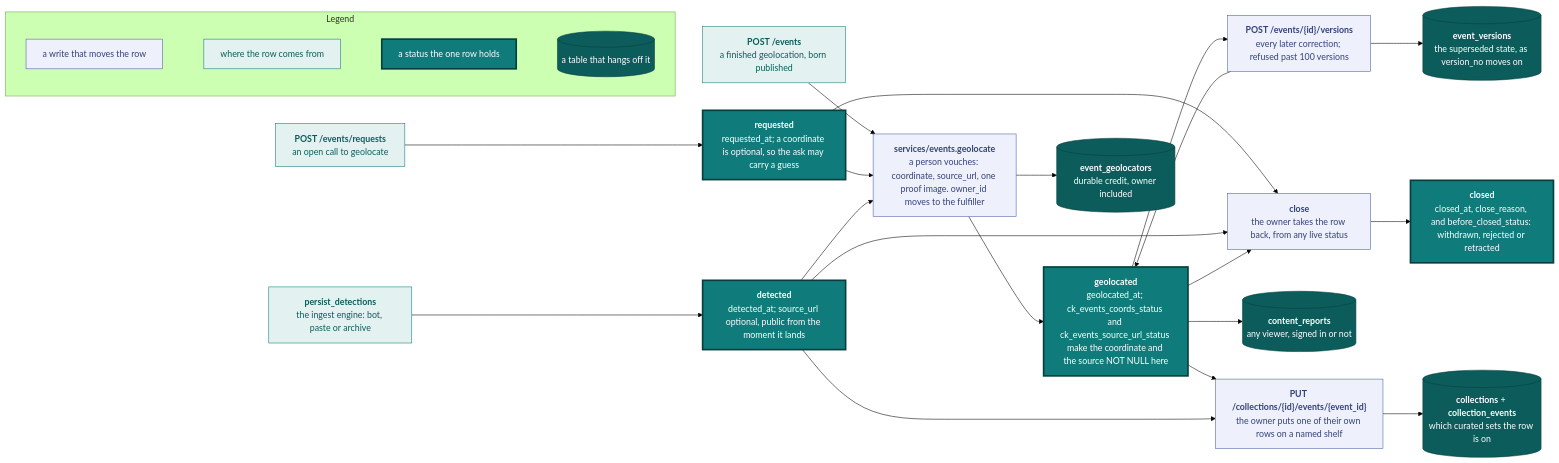
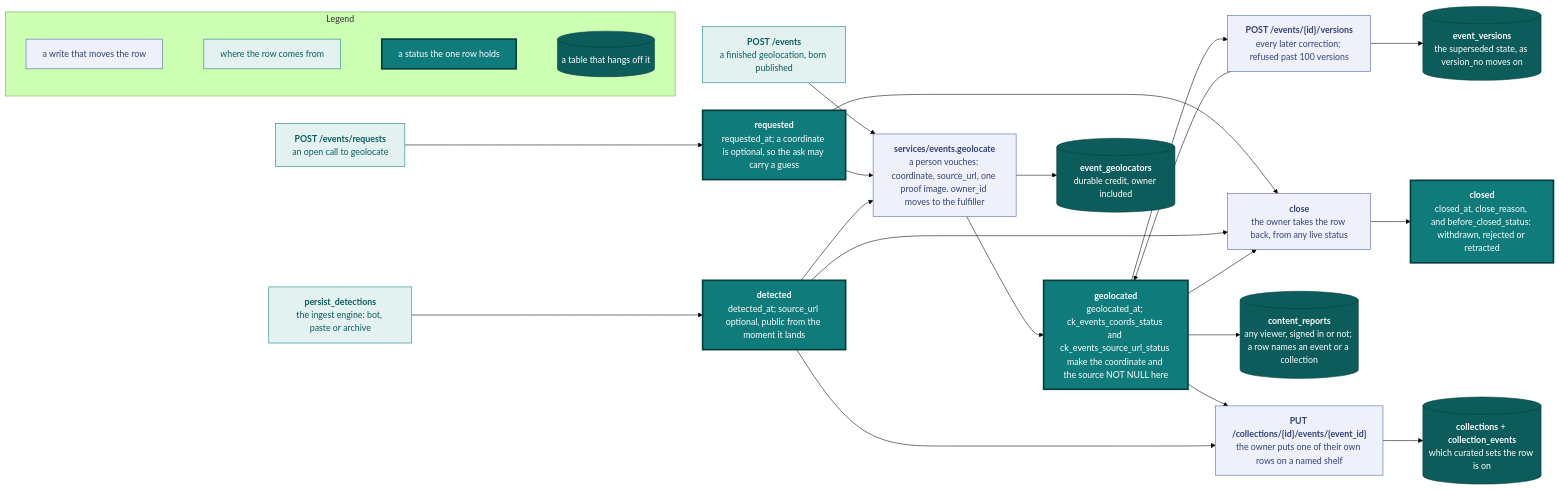
The first of 2 diagrams in docs/data-model.md (vidithq/vidit), drawn with Mermaid (forest theme) before and after one commit. The commit also changed other lines of this file and 24 other files, not shown here.

````diff
--- a/docs/data-model.md
+++ b/docs/data-model.md
@@ -5,67 +5,67 @@
 ```mermaid
 flowchart LR
   classDef spec fill:#eef1fb,stroke:#4a5fa5,color:#33417a
   classDef shared fill:#e3f2f1,stroke:#0f7b7a,color:#0b5c5b
   classDef core fill:#0f7b7a,stroke:#083f3e,stroke-width:3px,color:#ffffff
   classDef store fill:#0b5c5b,stroke:#083f3e,color:#ffffff
 
   subgraph legend [Legend]
     direction LR
     l1["`a write that moves the row`"]:::spec
     l2["`where the row comes from`"]:::shared
     l3["`a status the one row holds`"]:::core
     l4[("`a table that hangs off it`")]:::store
     l1 ~~~ l2 ~~~ l3 ~~~ l4
   end
 
   ask["`**POST /events/requests**
   an open call to geolocate`"]:::shared
   submit["`**POST /events**
   a finished geolocation, born published`"]:::shared
   engine["`**persist_detections**
   the ingest engine: bot, paste or archive`"]:::shared
 
   requested["`**requested**
   requested_at; a coordinate is optional, so the ask may carry a guess`"]:::core
   detected["`**detected**
   detected_at; source_url optional, public from the moment it lands`"]:::core
   geolocated["`**geolocated**
   geolocated_at; ck_events_coords_status and ck_events_source_url_status make the coordinate and the source NOT NULL here`"]:::core
   closed["`**closed**
   closed_at, close_reason, and before_closed_status: withdrawn, rejected or retracted`"]:::core
 
   vouch["`**services/events.geolocate**
   a person vouches: coordinate, source_url, one proof image. owner_id moves to the fulfiller`"]:::spec
   version["`**POST /events/{id}/versions**
   every later correction; refused past 100 versions`"]:::spec
   close["`**close**
   the owner takes the row back, from any live status`"]:::spec
 
   credit[("`**event_geolocators**
   durable credit, owner included`")]:::store
   versions[("`**event_versions**
   the superseded state, as version_no moves on`")]:::store
   reports[("`**content_reports**
-  any viewer, signed in or not`")]:::store
+  any viewer, signed in or not; a row names an event or a collection`")]:::store
   shelve["`**PUT /collections/{id}/events/{event_id}**
   the owner puts one of their own rows on a named shelf`"]:::spec
   shelves[("`**collections** + **collection_events**
   which curated sets the row is on`")]:::store
 
   ask --> requested
   engine --> detected
   submit --> vouch
   requested --> vouch
   detected --> vouch
   vouch --> geolocated --> version --> geolocated
   vouch --> credit
   version --> versions
   requested --> close
   detected --> close
   geolocated --> close
   close --> closed
   geolocated --> reports
   geolocated --> shelve
   detected --> shelve
   shelve --> shelves
 ```
````
